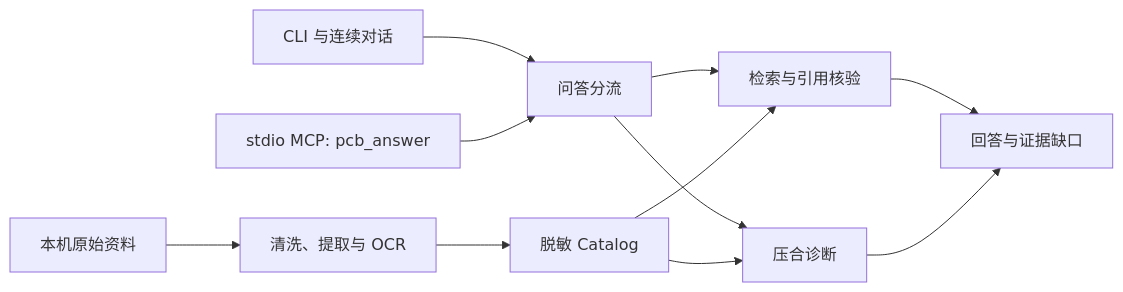
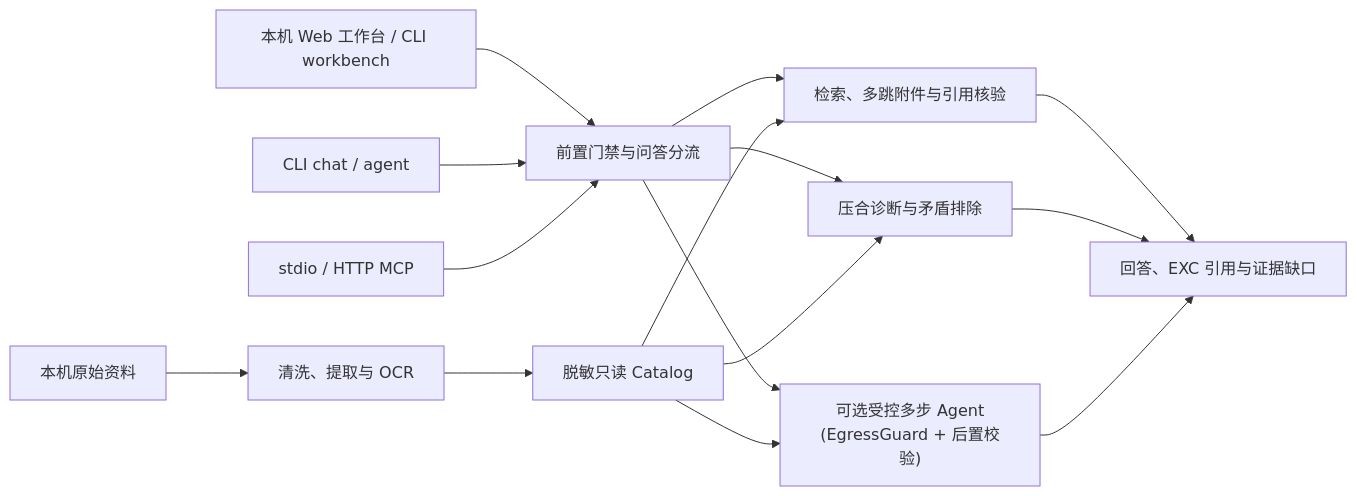
Before and after one commit to fyyo/pcb-assistant: the diagram in docs/ARCHITECTURE.md, drawn with Mermaid. The commit also changed other lines of this file and 20 other files, not shown here.

````diff
--- a/docs/ARCHITECTURE.md
+++ b/docs/ARCHITECTURE.md
@@ -3,13 +3,17 @@
 ```mermaid
 flowchart LR
-    Source[本机原始资料] --> Clean[清洗、提取与 OCR]
-    Clean --> Catalog[脱敏 Catalog]
-    CLI[CLI 与连续对话] --> Router[问答分流]
-    MCP[stdio MCP: pcb_answer] --> Router
-    Router --> Evidence[检索与引用核验]
-    Router --> Diagnose[压合诊断]
+    Source["本机原始资料"] --> Clean["清洗、提取与 OCR"]
+    Clean --> Catalog["脱敏只读 Catalog"]
+    Web["本机 Web 工作台 / CLI workbench"] --> Router["前置门禁与问答分流"]
+    CLI["CLI chat / agent"] --> Router
+    MCP["stdio / HTTP MCP"] --> Router
+    Router --> Evidence["检索、多跳附件与引用核验"]
+    Router --> Diagnose["压合诊断与矛盾排除"]
+    Router --> AgentLoop["可选受控多步 Agent<br/>(EgressGuard + 后置校验)"]
     Catalog --> Evidence
     Catalog --> Diagnose
-    Evidence --> Answer[回答与证据缺口]
+    Catalog --> AgentLoop
+    Evidence --> Answer["回答、EXC 引用与证据缺口"]
     Diagnose --> Answer
+    AgentLoop --> Answer
 ```
````
